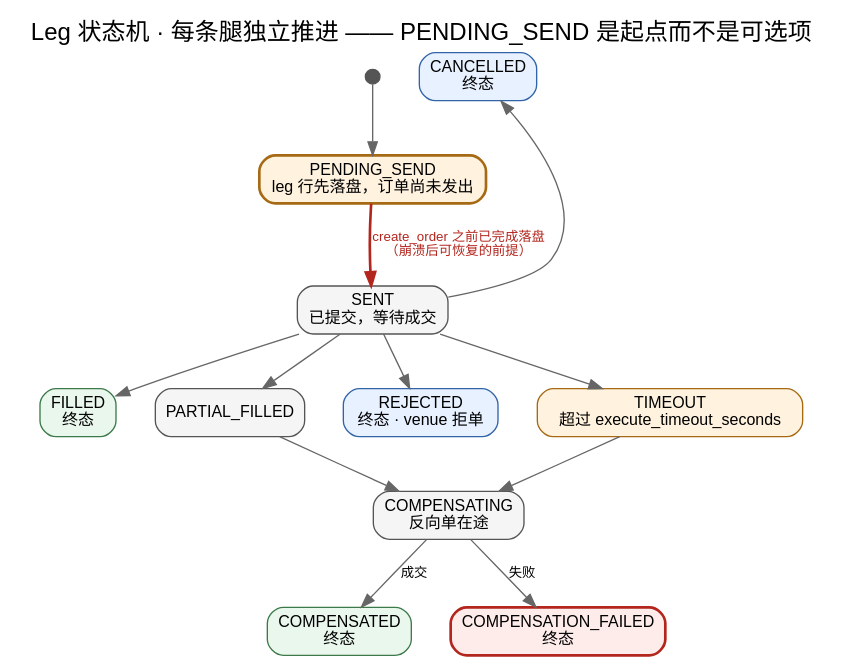
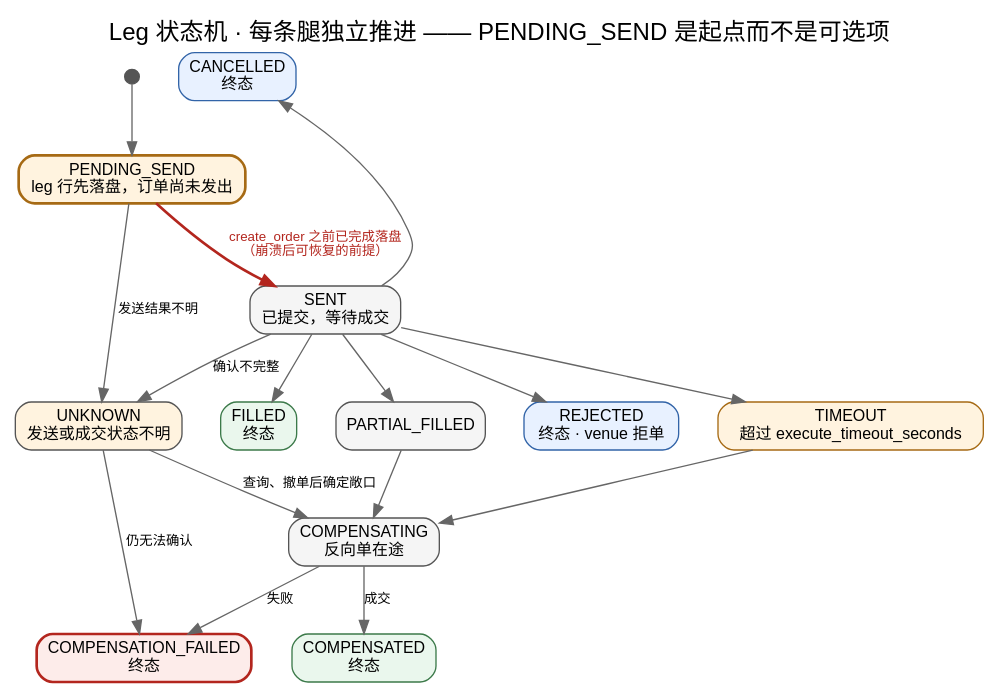
The diagram in docs/assets/base-state-machine-leg.dot (0xkayne/OmniTrade), drawn with Graphviz before and after one commit. The commit also changed 97 other files, not shown here.

```diff
--- a/docs/assets/base-state-machine-leg.dot
+++ b/docs/assets/base-state-machine-leg.dot
@@ -1,42 +1,47 @@
 // 状态机（Leg 级）—— 每条腿独立推进
 // 源码位置：src/coordinator/state_machine.py
 // 重新生成：scripts/render_diagrams.sh base-state-machine-leg
 
 digraph base_state_machine_leg {
   graph [
     fontname="Helvetica", fontsize="18",
     rankdir=TB, compound=true, nodesep=0.4, ranksep=0.55,
     labelloc="t",
     label="Leg 状态机 · 每条腿独立推进 —— PENDING_SEND 是起点而不是可选项"
   ];
   node [fontname="Helvetica", fontsize="12", shape=box, style="rounded,filled",
         fillcolor="#f5f5f5", color="#555555"];
   edge [fontname="Helvetica", fontsize="10", color="#666666"];
 
   start [label="", shape=circle, width=0.15, style=filled, fillcolor="#555555", color="#555555"];
 
   l_pending [label="PENDING_SEND\nleg 行先落盘，订单尚未发出",
              fillcolor="#fff3df", color="#a66a14", penwidth=2];
   l_sent    [label="SENT\n已提交，等待成交"];
+  l_unknown [label="UNKNOWN\n发送或成交状态不明", fillcolor="#fff3df"];
   l_filled  [label="FILLED\n终态", fillcolor="#eaf7ed", color="#3c7a4a"];
   l_partial [label="PARTIAL_FILLED"];
   l_rejected [label="REJECTED\n终态 · venue 拒单", fillcolor="#e8f1ff", color="#3264a8"];
   l_timeout [label="TIMEOUT\n超过 execute_timeout_seconds", fillcolor="#fff3df", color="#a66a14"];
   l_cancelled [label="CANCELLED\n终态", fillcolor="#e8f1ff", color="#3264a8"];
   l_compensating [label="COMPENSATING\n反向单在途"];
   l_compensated  [label="COMPENSATED\n终态", fillcolor="#eaf7ed", color="#3c7a4a"];
   l_compfailed   [label="COMPENSATION_FAILED\n终态", fillcolor="#fdecea", color="#b3261e", penwidth=2];
 
   start -> l_pending;
+  l_pending -> l_unknown [label="发送结果不明"];
+  l_sent -> l_unknown [label="确认不完整"];
+  l_unknown -> l_compensating [label="查询、撤单后确定敞口"];
+  l_unknown -> l_compfailed [label="仍无法确认"];
   l_pending -> l_sent [label="create_order 之前已完成落盘\n（崩溃后可恢复的前提）",
                        style=bold, color="#b3261e", fontcolor="#b3261e"];
   l_sent -> l_filled;
   l_sent -> l_partial;
   l_sent -> l_rejected;
   l_sent -> l_timeout;
   l_sent -> l_cancelled [constraint=false];
   l_partial -> l_compensating;
   l_timeout -> l_compensating;
   l_compensating -> l_compensated [label="成交"];
   l_compensating -> l_compfailed  [label="失败"];
 }
```
